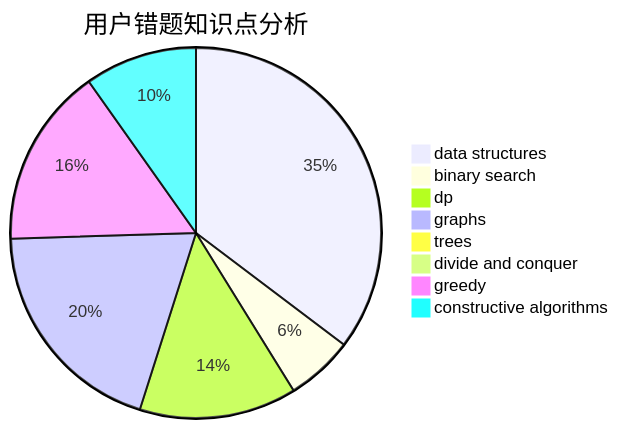
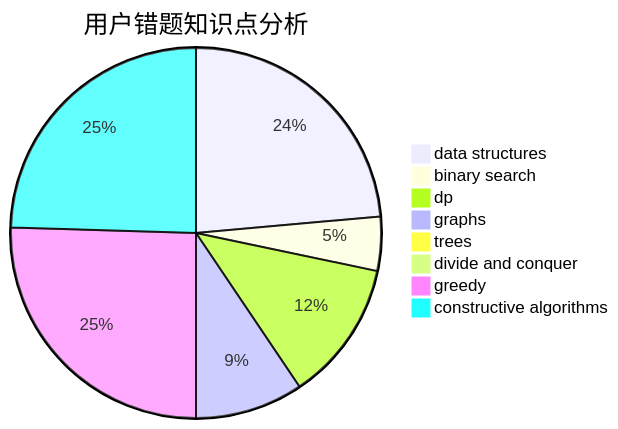
One commit to sherpahu/cfrs.github.io changed the third of 3 diagrams in docs/user/u2751.md. Above: the diagram before and after it, drawn with Mermaid. The commit also changed other lines of this file and 2770 other files, not shown here.

````diff
--- a/docs/user/u2751.md
+++ b/docs/user/u2751.md
@@ -36,11 +36,11 @@
 ```mermaid
 pie title 用户错题知识点分析
-    "data structures" :  18
-    "binary search" :  3
-    "dp" :  7
+    "data structures" :  25
+    "binary search" :  5
+    "dp" :  13
     "graphs" :  10
     "trees" :  0
     "divide and conquer" :  0
-    "greedy" :  8
-    "constructive algorithms" :  5
+    "greedy" :  27
+    "constructive algorithms" :  26
 ```
````
